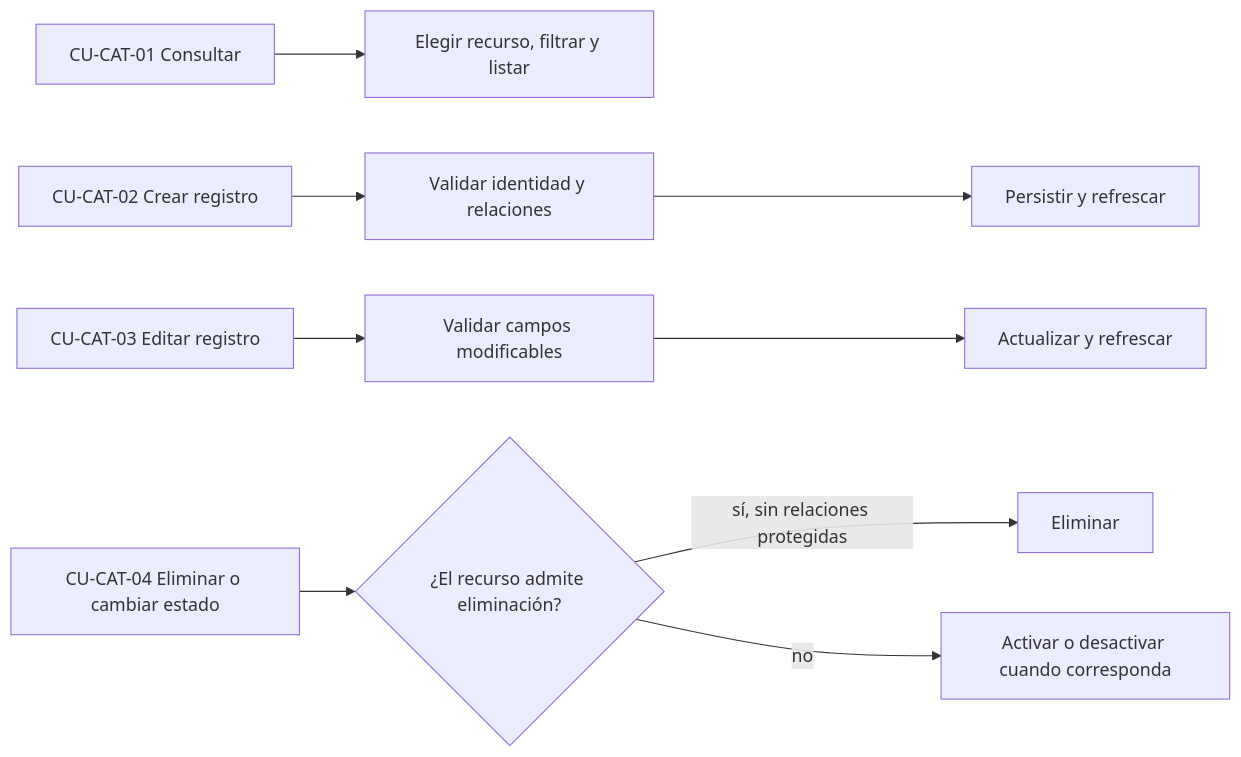
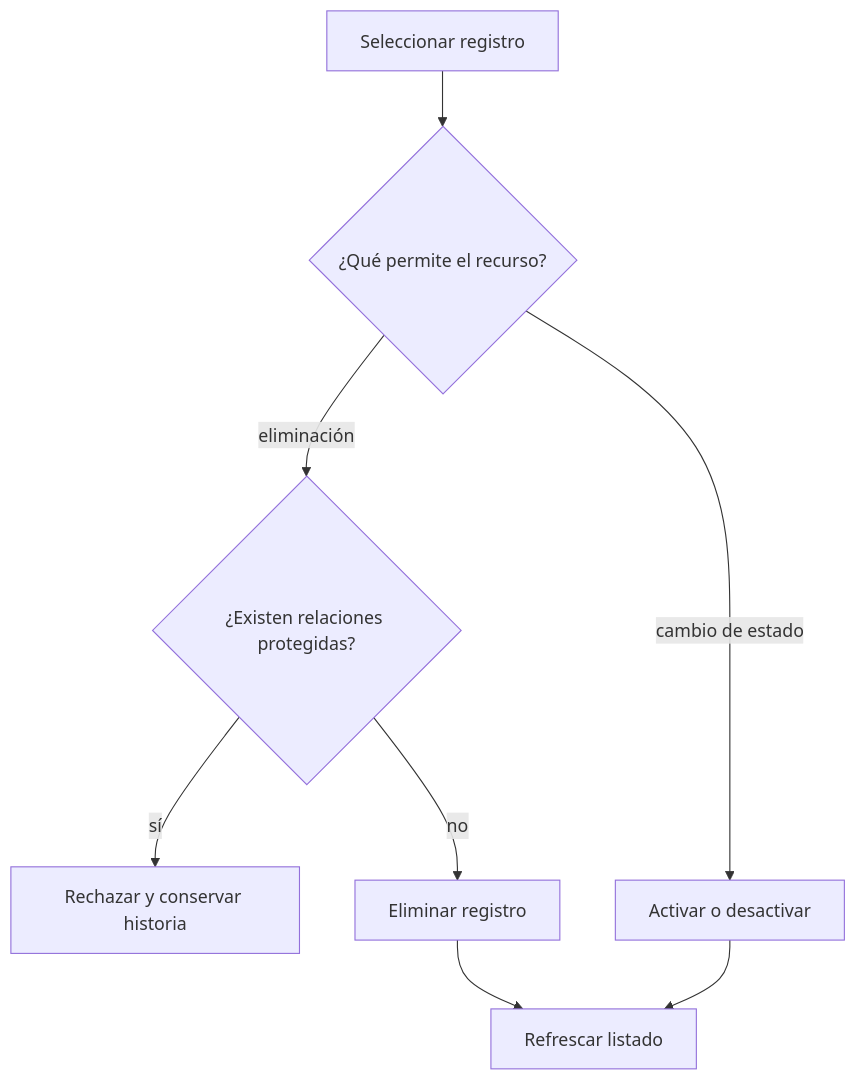
Before and after one commit to gpgsistemas01/nexus: diagram 11 of 32 in docs/requirements/requirements-diagrams.md, drawn with Mermaid. The commit also changed other lines of this file, not shown here.

Commit message:
docs: diagramar individualmente cada caso de uso

````diff
--- a/docs/requirements/requirements-diagrams.md
+++ b/docs/requirements/requirements-diagrams.md
@@ -121,9 +188,10 @@
 ```mermaid
-flowchart LR
-    cat01["CU-CAT-01 Consultar"] --> cat01q["Elegir recurso, filtrar y listar"]
-    cat02["CU-CAT-02 Crear registro"] --> cat02v["Validar identidad y relaciones"] --> cat02p["Persistir y refrescar"]
-    cat03["CU-CAT-03 Editar registro"] --> cat03v["Validar campos modificables"] --> cat03p["Actualizar y refrescar"]
-    cat04["CU-CAT-04 Eliminar o cambiar estado"] --> cat04d{"¿El recurso admite eliminación?"}
-    cat04d -->|sí, sin relaciones protegidas| cat04x["Eliminar"]
-    cat04d -->|no| cat04s["Activar o desactivar cuando corresponda"]
+flowchart TB
+    cat04Select["Seleccionar registro"] --> cat04Policy{"¿Qué permite el recurso?"}
+    cat04Policy -->|eliminación| cat04Relations{"¿Existen relaciones protegidas?"}
+    cat04Relations -->|sí| cat04Reject["Rechazar y conservar historia"]
+    cat04Relations -->|no| cat04Delete["Eliminar registro"]
+    cat04Policy -->|cambio de estado| cat04Status["Activar o desactivar"]
+    cat04Delete --> cat04Refresh["Refrescar listado"]
+    cat04Status --> cat04Refresh
 ```
````
